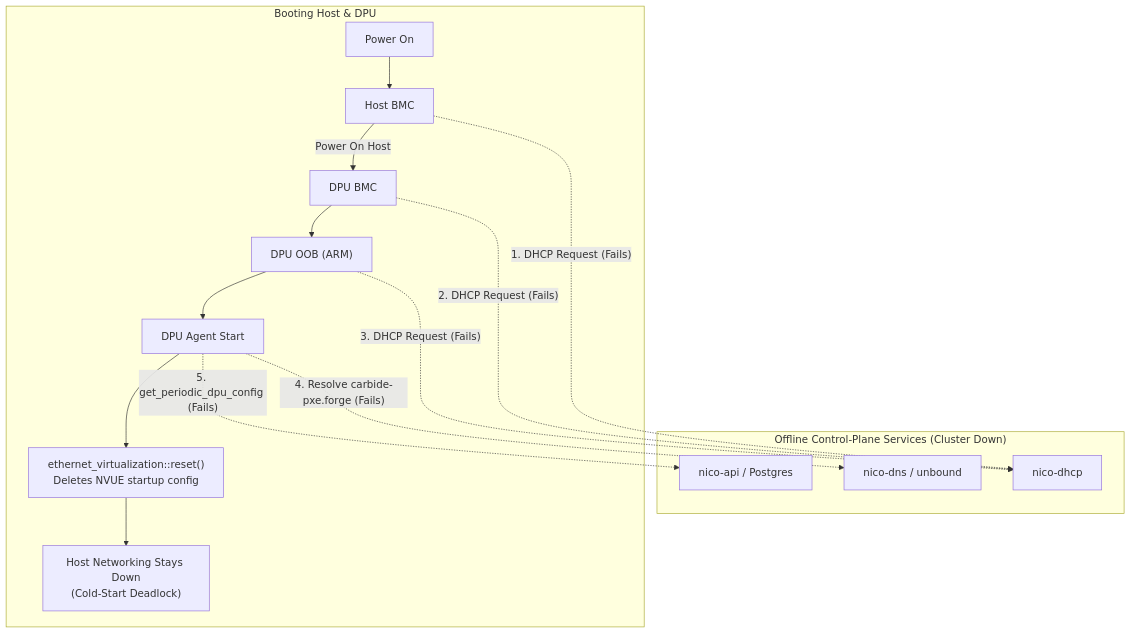
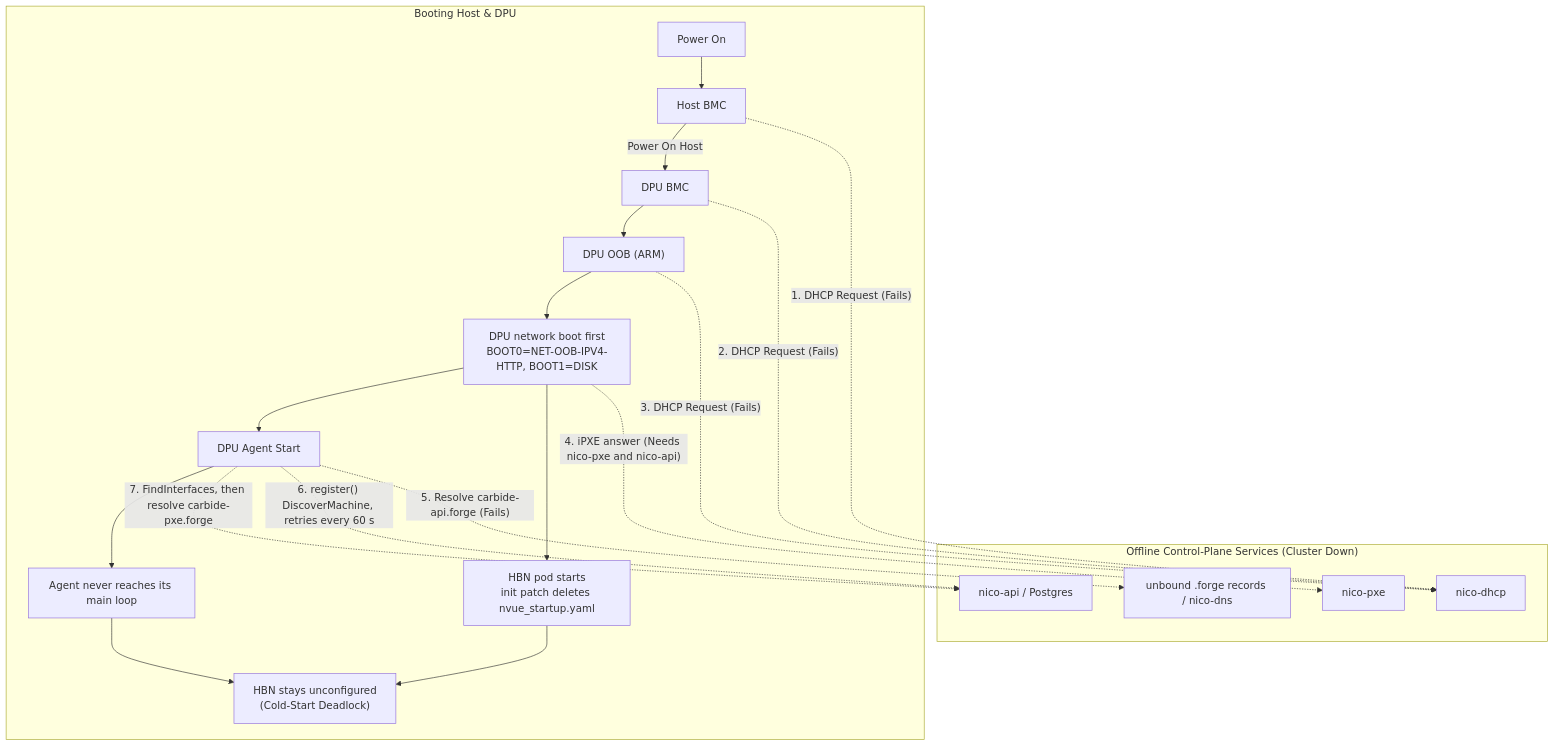
The first of 2 diagrams in docs/design/boot-without-control-plane.md (TechWizard9999/infra-controller), drawn with Mermaid before and after one commit. The commit also changed other lines of this file, not shown here.

First line of the commit message:
docs(design): correct DNS ownership and cold-start mechanism for control-plane boot

````diff
--- a/docs/design/boot-without-control-plane.md
+++ b/docs/design/boot-without-control-plane.md
@@ -386,22 +557,28 @@
 ```mermaid
 flowchart TD
     subgraph Offline["Offline Control-Plane Services (Cluster Down)"]
         DHCP["nico-dhcp"]
         API["nico-api / Postgres"]
-        DNS["nico-dns / unbound"]
+        PXE["nico-pxe"]
+        DNS["unbound .forge records / nico-dns"]
     end
 
     subgraph Host["Booting Host & DPU"]
         PowerOn["Power On"] --> HBMC["Host BMC"]
         HBMC -.->|"1. DHCP Request (Fails)"| DHCP
         HBMC -->|"Power On Host"| DBMC["DPU BMC"]
         DBMC -.->|"2. DHCP Request (Fails)"| DHCP
         DBMC --> DOOB["DPU OOB (ARM)"]
         DOOB -.->|"3. DHCP Request (Fails)"| DHCP
-        DOOB --> Agent["DPU Agent Start"]
-        Agent -.->|"4. Resolve carbide-pxe.forge (Fails)"| DNS
-        Agent -.->|"5. get_periodic_dpu_config (Fails)"| API
-        Agent --> Reset["ethernet_virtualization::reset()<br/>Deletes NVUE startup config"]
-        Reset --> Deadlock["Host Networking Stays Down<br/>(Cold-Start Deadlock)"]
+        DOOB --> NetBoot["DPU network boot first<br/>BOOT0=NET-OOB-IPV4-HTTP, BOOT1=DISK"]
+        NetBoot -.->|"4. iPXE answer (Needs nico-pxe and nico-api)"| PXE
+        NetBoot --> Hbn["HBN pod starts<br/>init patch deletes nvue_startup.yaml"]
+        NetBoot --> Agent["DPU Agent Start"]
+        Agent -.->|"5. Resolve carbide-api.forge (Fails)"| DNS
+        Agent -.->|"6. register() DiscoverMachine, retries every 60 s"| API
+        Agent -.->|"7. FindInterfaces, then resolve carbide-pxe.forge"| API
+        Agent --> Blocked["Agent never reaches its main loop"]
+        Hbn --> Blank["HBN stays unconfigured<br/>(Cold-Start Deadlock)"]
+        Blocked --> Blank
     end
 ```
````
